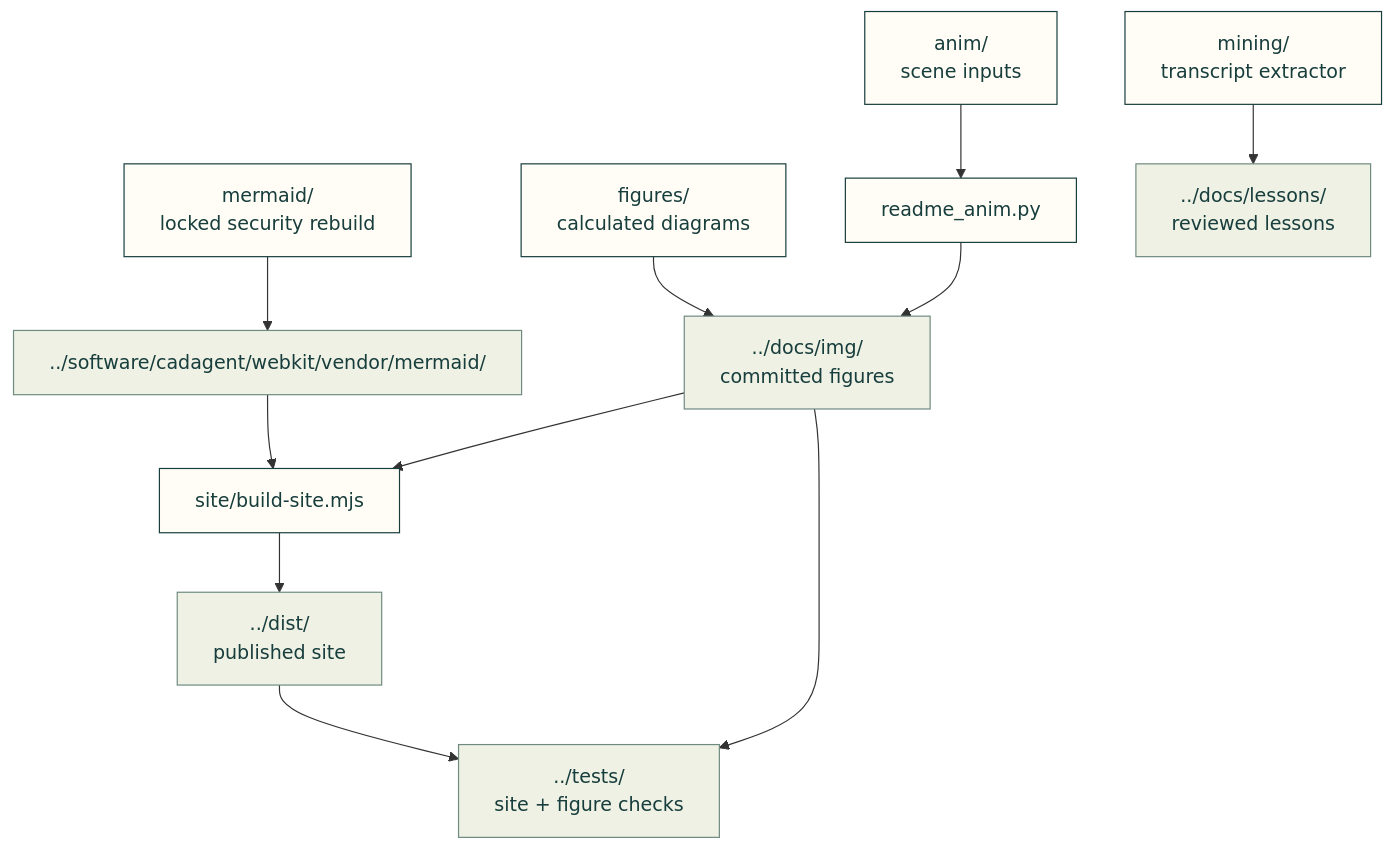
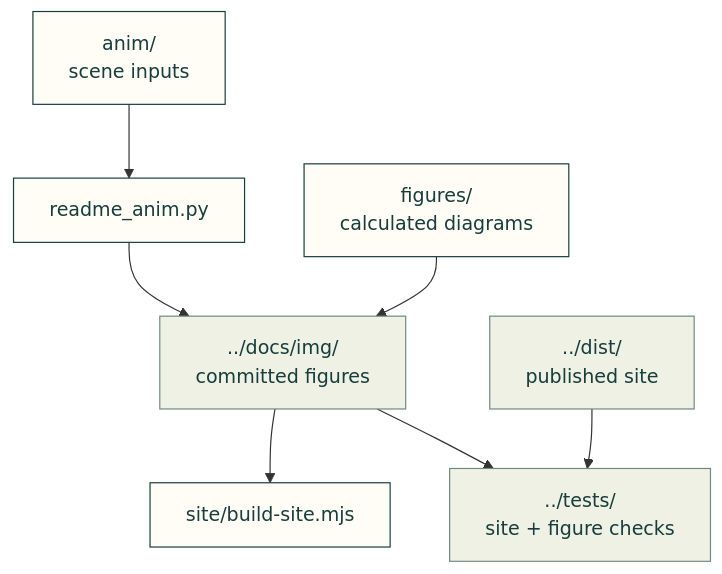
Before and after one commit to Valpatel/cad-agent: the second of 3 diagrams in tools/README.md, drawn with Mermaid. The commit also changed other lines of this file and 26 other files, not shown here.

Commit message:
docs(repo): make published folder diagrams readable across screen sizes

````diff
--- a/tools/README.md
+++ b/tools/README.md
@@ -7,15 +26,18 @@
 ```mermaid
 flowchart TD
-    B["site/build-site.mjs"] --> S["../dist/<br/>published site"]
-    V["mermaid/<br/>locked security rebuild"] --> K["../software/cadagent/webkit/vendor/mermaid/"]
-    K --> B
-    F["figures/<br/>calculated diagrams"] --> I["../docs/img/<br/>committed figures"]
-    A["anim/<br/>scene inputs"] --> R["readme_anim.py"] --> I
+    B["site/build-site.mjs"]
+    S["../dist/<br/>published site"]
+    F["figures/<br/>calculated diagrams"]
+    I["../docs/img/<br/>committed figures"]
+    A["anim/<br/>scene inputs"]
+    R["readme_anim.py"]
+    T["../tests/<br/>site + figure checks"]
+    F --> I
+    A --> R --> I
     I --> B
-    M["mining/<br/>transcript extractor"] --> L["../docs/lessons/<br/>reviewed lessons"]
-    S & I --> T["../tests/<br/>site + figure checks"]
+    S & I --> T
     classDef here fill:#fffdf5,stroke:#173d3c,color:#173d3c
     classDef near fill:#eef1e4,stroke:#6f8a80,color:#173d3c
-    class B,V,F,A,R,M here
-    class S,K,I,L,T near
+    class B,F,A,R here
+    class S,I,T near
 ```
````
